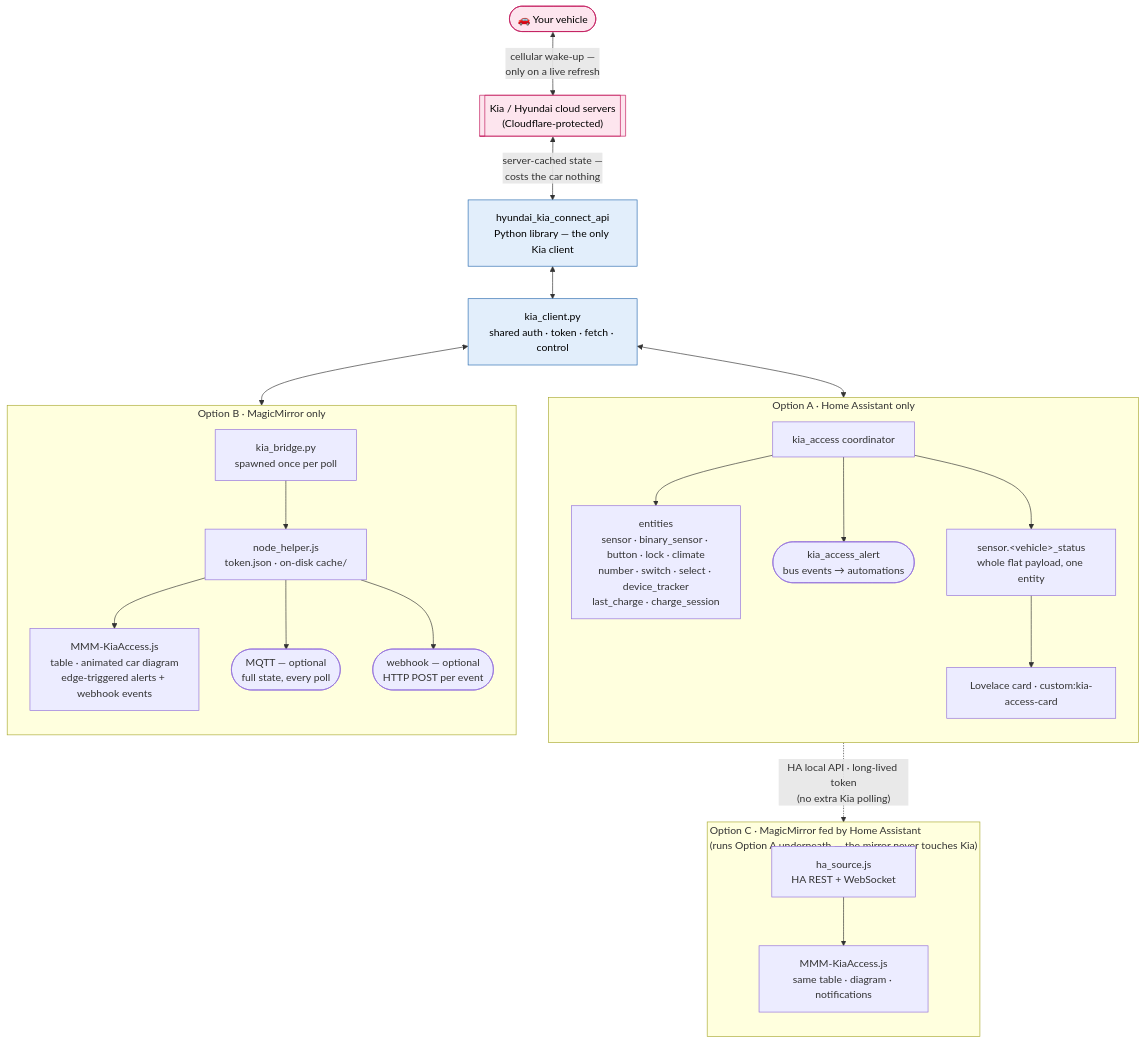
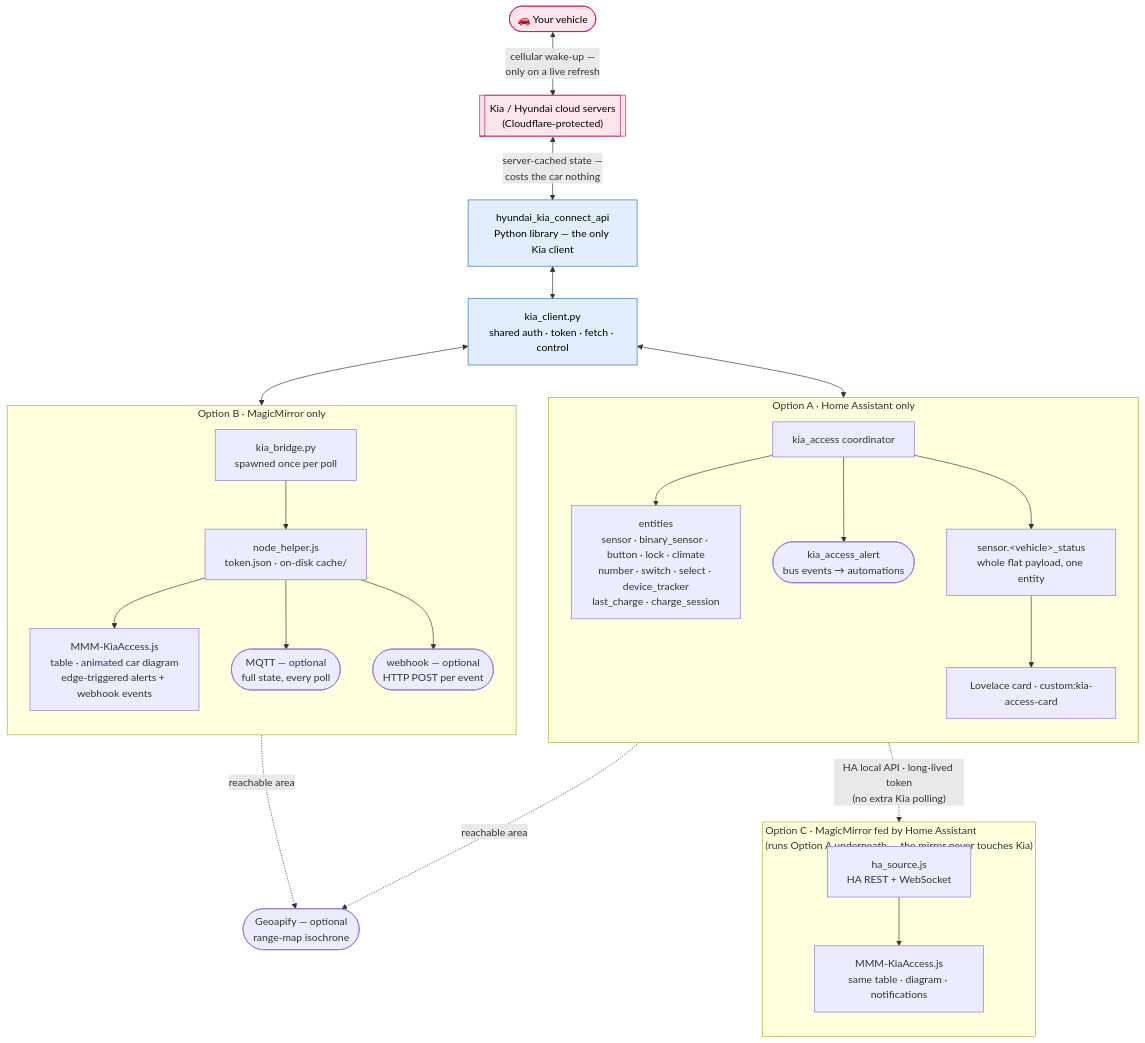
Before and after one commit to Legal-Copy7045/MMM-KiaAccess: the diagram in docs/data-flow.mmd, drawn with Mermaid. The commit also changed 12 other files, not shown here.

First line of the commit message:
Range map: Geoapify road-network isochrone (static image, both surfaces)

```diff
--- a/docs/data-flow.mmd
+++ b/docs/data-flow.mmd
@@ -1,51 +1,55 @@
 %% Editable source for docs/data-flow.svg — keep both in sync.
 %% GitHub renders this block natively; the committed SVG is a tidied hand-layout.
 flowchart TB
     car(["🚗 Your vehicle"])
     cloud[["Kia / Hyundai cloud servers<br/>(Cloudflare-protected)"]]
     lib["hyundai_kia_connect_api<br/>Python library — the only Kia client"]
     kc["kia_client.py<br/>shared auth · token · fetch · control"]
 
     car <-->|"cellular wake-up —<br/>only on a live refresh"| cloud
     cloud <-->|"server-cached state —<br/>costs the car nothing"| lib
     lib <--> kc
 
     subgraph A["Option A · Home Assistant only"]
         direction TB
         coord["kia_access coordinator"]
         ent["entities<br/>sensor · binary_sensor · button · lock · climate<br/>number · switch · select · device_tracker<br/>last_charge · charge_session"]
         evt(["kia_access_alert<br/>bus events → automations"])
         status["sensor.&lt;vehicle&gt;_status<br/>whole flat payload, one entity"]
         card["Lovelace card · custom:kia-access-card"]
         coord --> ent
         coord --> evt
         coord --> status --> card
     end
 
     subgraph B["Option B · MagicMirror only"]
         direction TB
         bridge["kia_bridge.py<br/>spawned once per poll"]
         nh["node_helper.js<br/>token.json · on-disk cache/"]
         mm["MMM-KiaAccess.js<br/>table · animated car diagram<br/>edge-triggered alerts + webhook events"]
         mqtt(["MQTT — optional<br/>full state, every poll"])
         hook(["webhook — optional<br/>HTTP POST per event"])
         bridge --> nh --> mm
         nh --> mqtt
         nh --> hook
     end
 
     subgraph C["Option C · MagicMirror fed by Home Assistant<br/>(runs Option A underneath — the mirror never touches Kia)"]
         direction TB
         hasrc["ha_source.js<br/>HA REST + WebSocket"]
         mmc["MMM-KiaAccess.js<br/>same table · diagram · notifications"]
         hasrc --> mmc
     end
 
+    geo(["Geoapify — optional<br/>range-map isochrone"])
+    card -.->|"reachable area"| geo
+    nh -.->|"reachable area"| geo
+
     kc <--> coord
     kc <--> bridge
     status -.->|"HA local API · long-lived token<br/>(no extra Kia polling)"| hasrc
 
     classDef kia fill:#fde5ee,stroke:#c2185b,color:#000
     classDef shared fill:#e2eefb,stroke:#2b6cb0,color:#000
     class car,cloud kia
     class lib,kc shared
```
